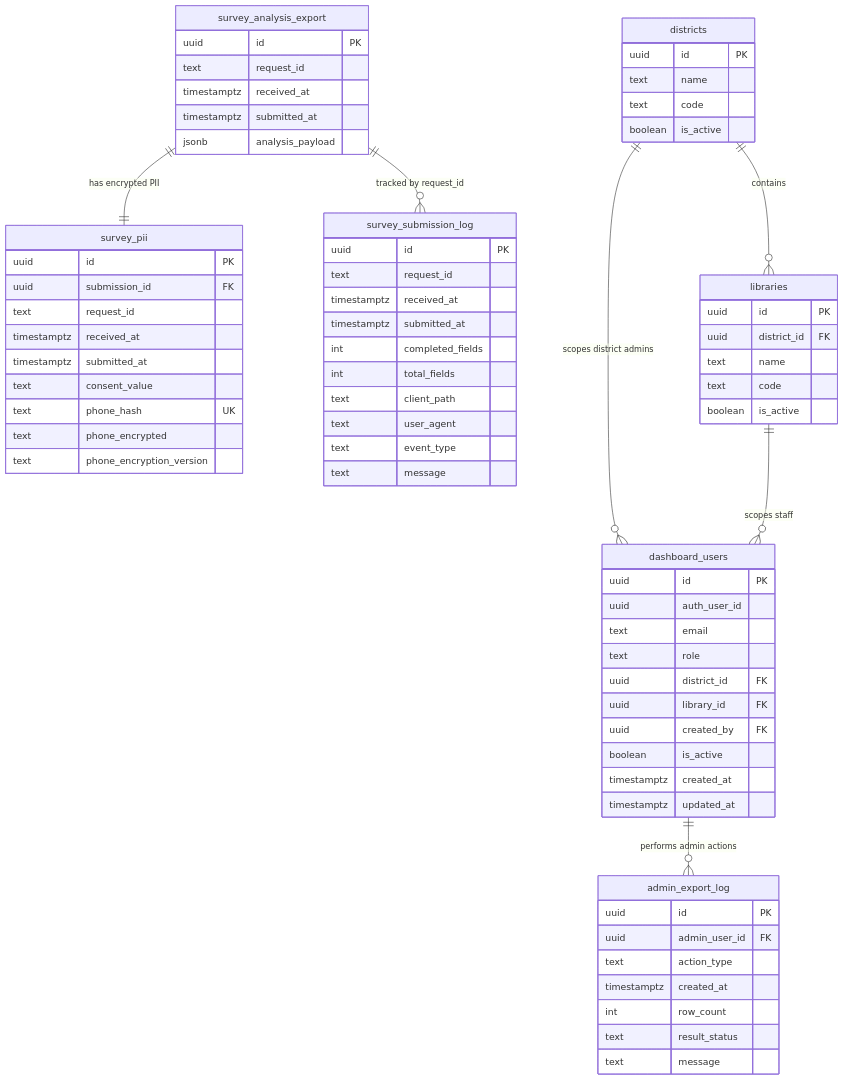
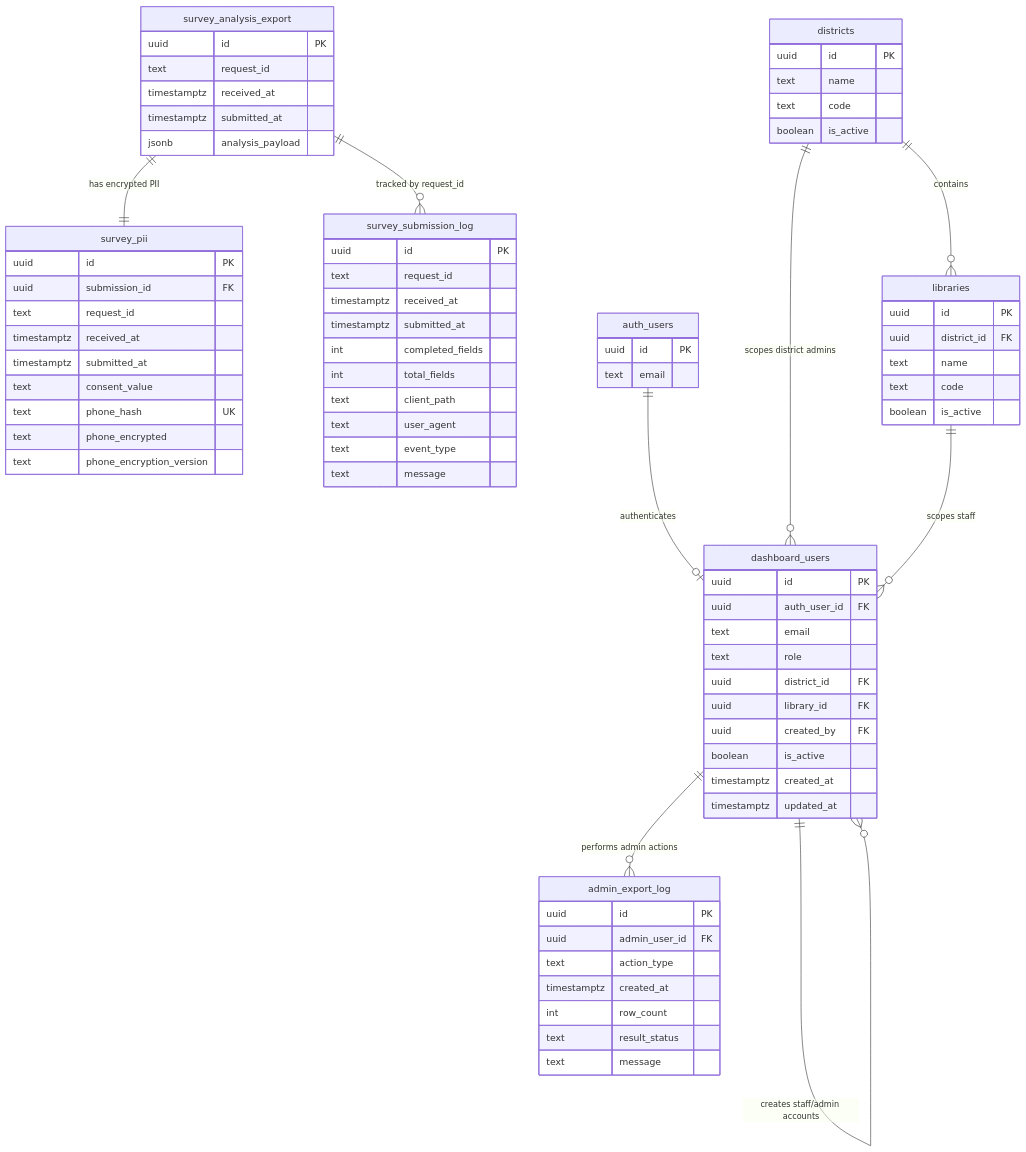
Before and after one commit to FiveEastRoot/LIBanalysis_2026_survey: the third of 6 diagrams in docs/survey-form-storage-architecture.md, drawn with Mermaid.

Commit message:
Reflect auth relationships in survey storage ERD

````diff
--- a/docs/survey-form-storage-architecture.md
+++ b/docs/survey-form-storage-architecture.md
@@ -160,9 +160,14 @@
         text message
     }
 
+    auth_users {
+        uuid id PK
+        text email
+    }
+
     dashboard_users {
         uuid id PK
-        uuid auth_user_id
+        uuid auth_user_id FK
         text email
         text role
         uuid district_id FK
@@ -200,8 +205,10 @@
 
     survey_analysis_export ||--|| survey_pii : "has encrypted PII"
     survey_analysis_export ||--o{ survey_submission_log : "tracked by request_id"
+    auth_users ||--o| dashboard_users : "authenticates"
     districts ||--o{ libraries : "contains"
     districts ||--o{ dashboard_users : "scopes district admins"
     libraries ||--o{ dashboard_users : "scopes staff"
+    dashboard_users ||--o{ dashboard_users : "creates staff/admin accounts"
     dashboard_users ||--o{ admin_export_log : "performs admin actions"
 ```
````
